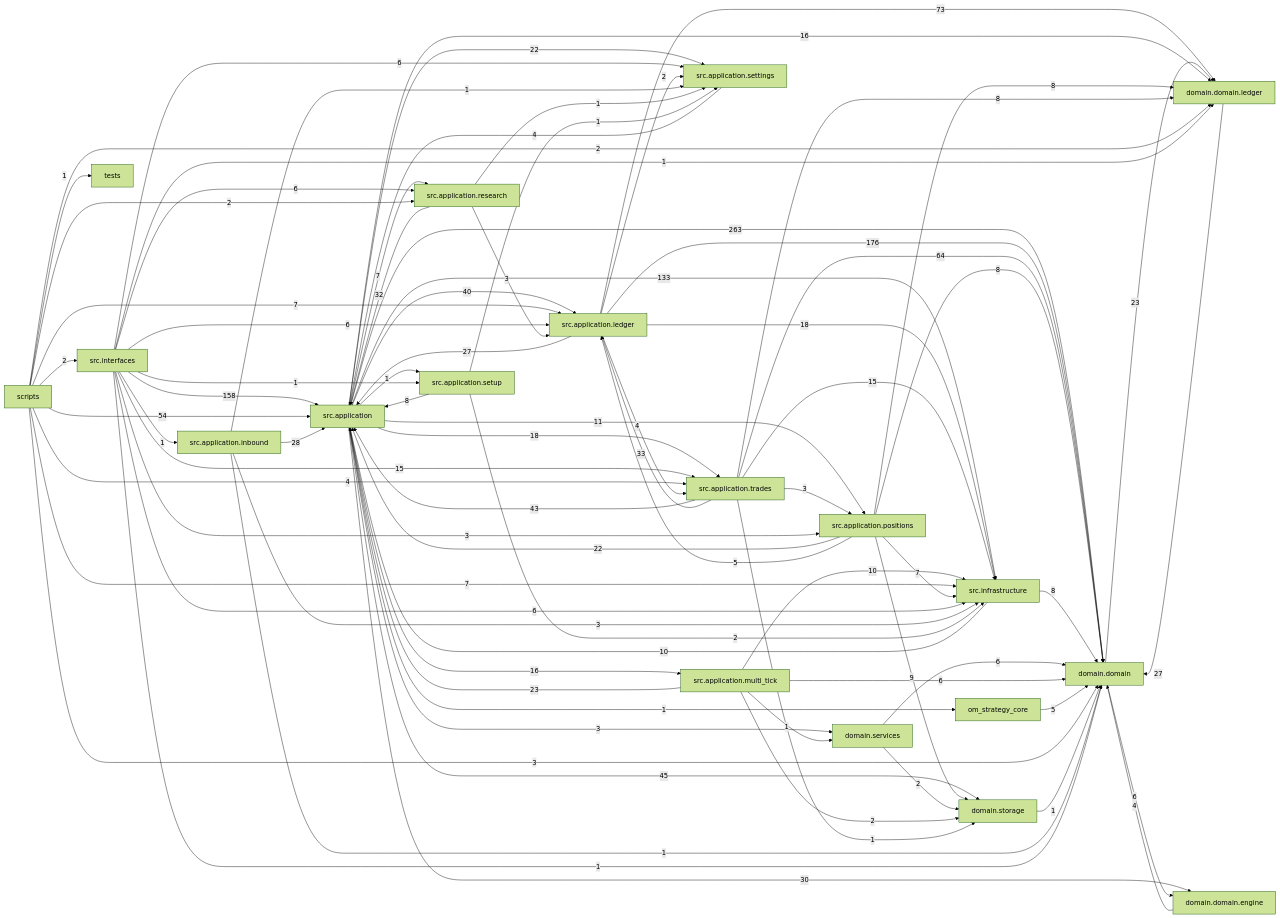
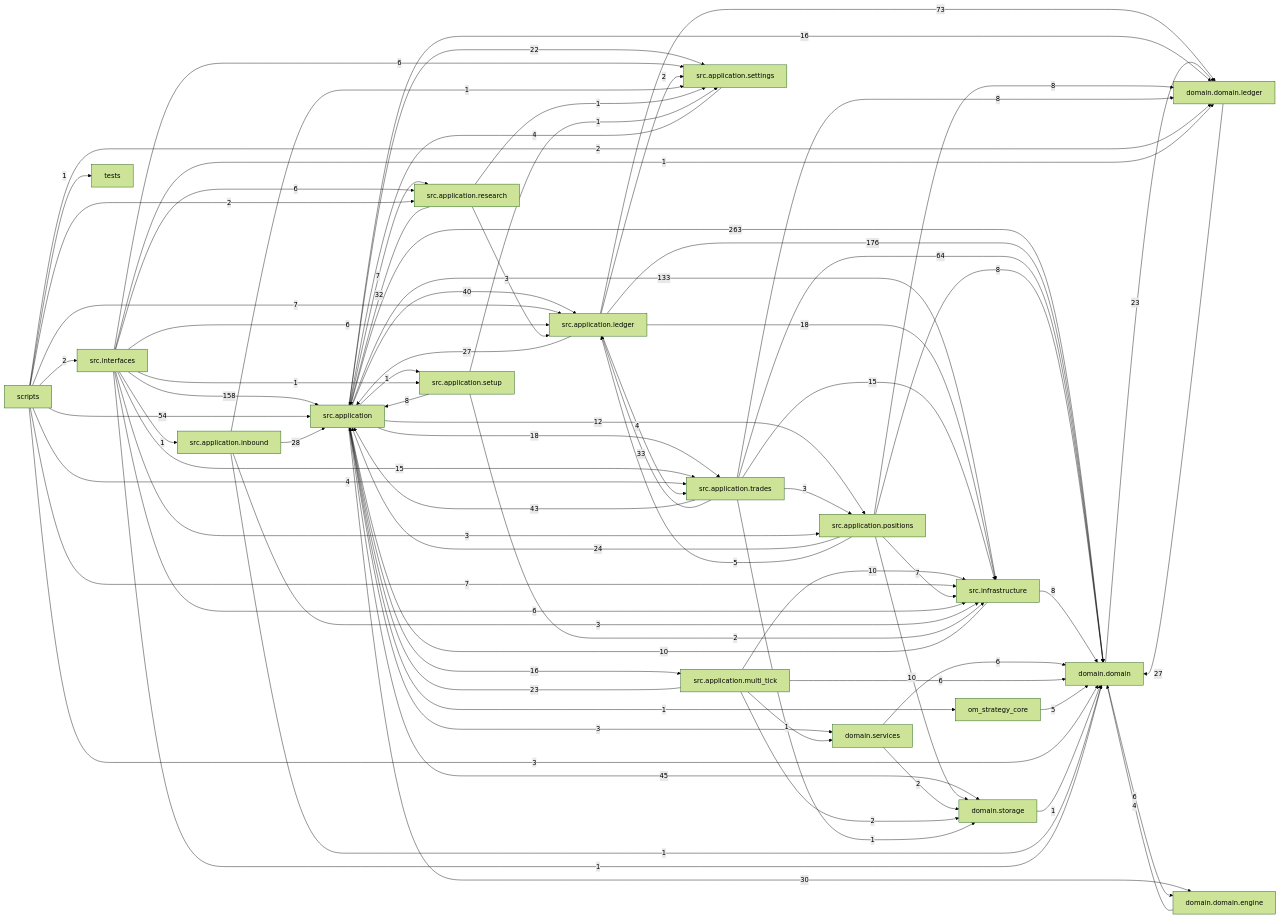
The diagram in docs/dependency_graph.mmd (liuxie066/options-monitor), drawn with Mermaid (forest theme) before and after one commit. The commit also changed 9 other files, not shown here.

```diff
--- a/docs/dependency_graph.mmd
+++ b/docs/dependency_graph.mmd
@@ -1,80 +1,80 @@
 flowchart LR
   src_application["src.application"] -->|263| domain_domain["domain.domain"]
   src_application_ledger["src.application.ledger"] -->|176| domain_domain["domain.domain"]
   src_interfaces["src.interfaces"] -->|158| src_application["src.application"]
   src_application["src.application"] -->|133| src_infrastructure["src.infrastructure"]
   src_application_ledger["src.application.ledger"] -->|73| domain_domain_ledger["domain.domain.ledger"]
   src_application_trades["src.application.trades"] -->|64| domain_domain["domain.domain"]
   scripts["scripts"] -->|54| src_application["src.application"]
   src_application["src.application"] -->|45| domain_storage["domain.storage"]
   src_application_trades["src.application.trades"] -->|43| src_application["src.application"]
   src_application["src.application"] -->|40| src_application_ledger["src.application.ledger"]
   src_application_trades["src.application.trades"] -->|33| src_application_ledger["src.application.ledger"]
   src_application_research["src.application.research"] -->|32| src_application["src.application"]
   src_application["src.application"] -->|30| domain_domain_engine["domain.domain.engine"]
   src_application_inbound["src.application.inbound"] -->|28| src_application["src.application"]
   domain_domain_ledger["domain.domain.ledger"] -->|27| domain_domain["domain.domain"]
   src_application_ledger["src.application.ledger"] -->|27| src_application["src.application"]
+  src_application_positions["src.application.positions"] -->|24| src_application["src.application"]
   domain_domain["domain.domain"] -->|23| domain_domain_ledger["domain.domain.ledger"]
   src_application_multi_tick["src.application.multi_tick"] -->|23| src_application["src.application"]
   src_application["src.application"] -->|22| src_application_settings["src.application.settings"]
-  src_application_positions["src.application.positions"] -->|22| src_application["src.application"]
   src_application["src.application"] -->|18| src_application_trades["src.application.trades"]
   src_application_ledger["src.application.ledger"] -->|18| src_infrastructure["src.infrastructure"]
   src_application["src.application"] -->|16| domain_domain_ledger["domain.domain.ledger"]
   src_application["src.application"] -->|16| src_application_multi_tick["src.application.multi_tick"]
   src_application_trades["src.application.trades"] -->|15| src_infrastructure["src.infrastructure"]
   src_interfaces["src.interfaces"] -->|15| src_application_trades["src.application.trades"]
-  src_application["src.application"] -->|11| src_application_positions["src.application.positions"]
+  src_application["src.application"] -->|12| src_application_positions["src.application.positions"]
   src_application_multi_tick["src.application.multi_tick"] -->|10| src_infrastructure["src.infrastructure"]
+  src_application_positions["src.application.positions"] -->|10| domain_storage["domain.storage"]
   src_infrastructure["src.infrastructure"] -->|10| src_application["src.application"]
-  src_application_positions["src.application.positions"] -->|9| domain_storage["domain.storage"]
   src_application_positions["src.application.positions"] -->|8| domain_domain["domain.domain"]
   src_application_positions["src.application.positions"] -->|8| domain_domain_ledger["domain.domain.ledger"]
   src_application_setup["src.application.setup"] -->|8| src_application["src.application"]
   src_application_trades["src.application.trades"] -->|8| domain_domain_ledger["domain.domain.ledger"]
   src_infrastructure["src.infrastructure"] -->|8| domain_domain["domain.domain"]
   scripts["scripts"] -->|7| src_application_ledger["src.application.ledger"]
   scripts["scripts"] -->|7| src_infrastructure["src.infrastructure"]
   src_application["src.application"] -->|7| src_application_research["src.application.research"]
   src_application_positions["src.application.positions"] -->|7| src_infrastructure["src.infrastructure"]
   domain_domain["domain.domain"] -->|6| domain_domain_engine["domain.domain.engine"]
   domain_services["domain.services"] -->|6| domain_domain["domain.domain"]
   src_application_multi_tick["src.application.multi_tick"] -->|6| domain_domain["domain.domain"]
   src_interfaces["src.interfaces"] -->|6| src_application_ledger["src.application.ledger"]
   src_interfaces["src.interfaces"] -->|6| src_application_research["src.application.research"]
   src_interfaces["src.interfaces"] -->|6| src_application_settings["src.application.settings"]
   src_interfaces["src.interfaces"] -->|6| src_infrastructure["src.infrastructure"]
   om_strategy_core["om_strategy_core"] -->|5| domain_domain["domain.domain"]
   src_application_positions["src.application.positions"] -->|5| src_application_ledger["src.application.ledger"]
   domain_domain_engine["domain.domain.engine"] -->|4| domain_domain["domain.domain"]
   scripts["scripts"] -->|4| src_application_trades["src.application.trades"]
   src_application_ledger["src.application.ledger"] -->|4| src_application_trades["src.application.trades"]
   src_application_settings["src.application.settings"] -->|4| src_application["src.application"]
   scripts["scripts"] -->|3| domain_domain["domain.domain"]
   src_application["src.application"] -->|3| domain_services["domain.services"]
   src_application_inbound["src.application.inbound"] -->|3| src_infrastructure["src.infrastructure"]
   src_application_research["src.application.research"] -->|3| src_application_ledger["src.application.ledger"]
   src_application_trades["src.application.trades"] -->|3| src_application_positions["src.application.positions"]
   src_interfaces["src.interfaces"] -->|3| src_application_positions["src.application.positions"]
   domain_services["domain.services"] -->|2| domain_storage["domain.storage"]
   scripts["scripts"] -->|2| domain_domain_ledger["domain.domain.ledger"]
   scripts["scripts"] -->|2| src_application_research["src.application.research"]
   scripts["scripts"] -->|2| src_interfaces["src.interfaces"]
   src_application_ledger["src.application.ledger"] -->|2| src_application_settings["src.application.settings"]
   src_application_multi_tick["src.application.multi_tick"] -->|2| domain_storage["domain.storage"]
   src_application_setup["src.application.setup"] -->|2| src_infrastructure["src.infrastructure"]
   domain_storage["domain.storage"] -->|1| domain_domain["domain.domain"]
   scripts["scripts"] -->|1| tests["tests"]
   src_application["src.application"] -->|1| om_strategy_core["om_strategy_core"]
   src_application["src.application"] -->|1| src_application_setup["src.application.setup"]
   src_application_inbound["src.application.inbound"] -->|1| domain_domain["domain.domain"]
   src_application_inbound["src.application.inbound"] -->|1| src_application_settings["src.application.settings"]
   src_application_multi_tick["src.application.multi_tick"] -->|1| domain_services["domain.services"]
   src_application_research["src.application.research"] -->|1| src_application_settings["src.application.settings"]
   src_application_setup["src.application.setup"] -->|1| src_application_settings["src.application.settings"]
   src_application_trades["src.application.trades"] -->|1| domain_storage["domain.storage"]
   src_interfaces["src.interfaces"] -->|1| domain_domain["domain.domain"]
   src_interfaces["src.interfaces"] -->|1| domain_domain_ledger["domain.domain.ledger"]
   src_interfaces["src.interfaces"] -->|1| src_application_inbound["src.application.inbound"]
   src_interfaces["src.interfaces"] -->|1| src_application_setup["src.application.setup"]
```
